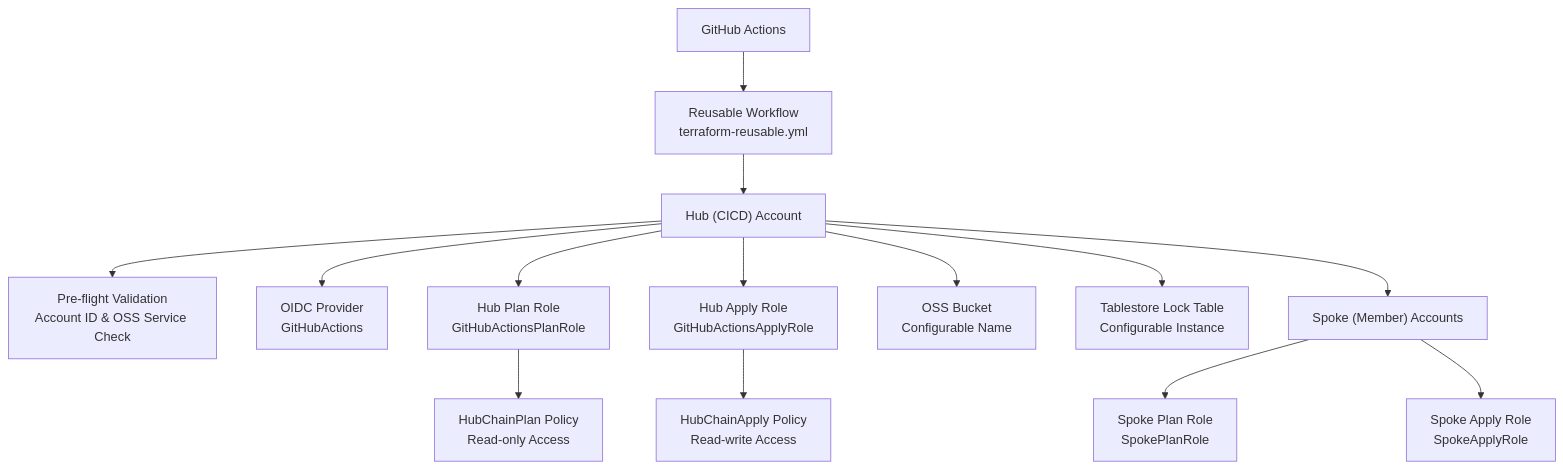
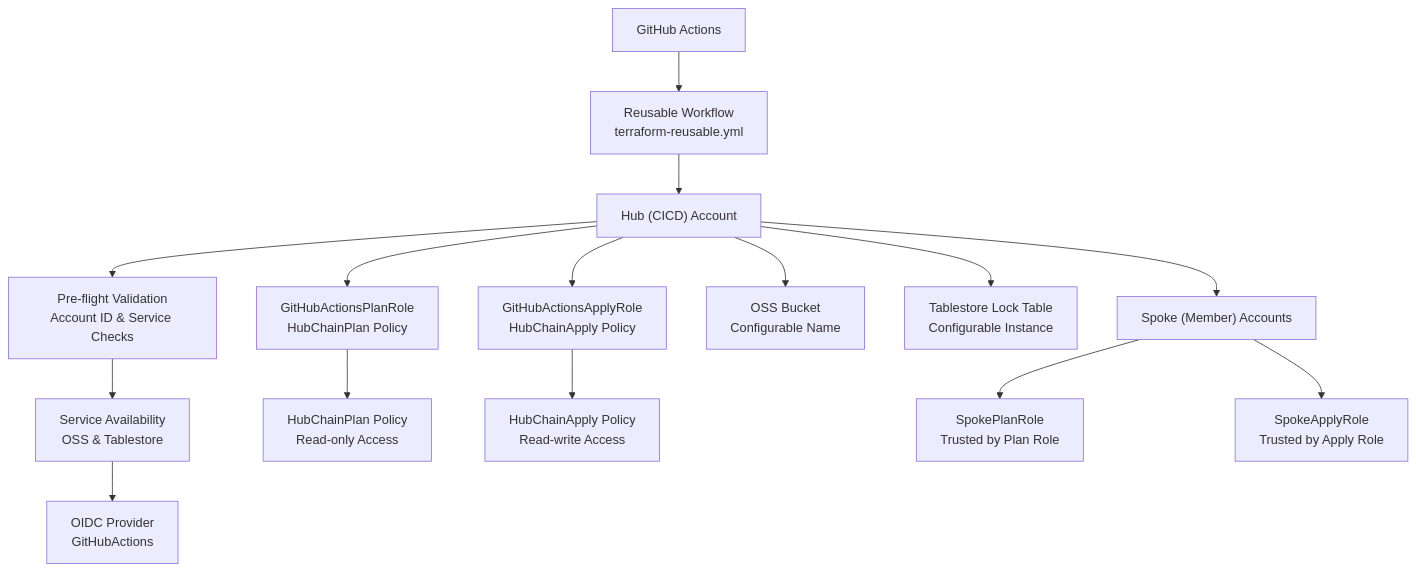
The first of 9 diagrams in .qoder/repowiki/en/content/Bootstrap Infrastructure/CI_CD Foundation.md (AlibabaCloudLandingZone/alibabacloud-landingzone-accelerator-github-demo), drawn with Mermaid before and after one commit. The commit also changed other lines of this file and 35 other files, not shown here.

````diff
--- a/.qoder/repowiki/en/content/Bootstrap Infrastructure/CI_CD Foundation.md
+++ b/.qoder/repowiki/en/content/Bootstrap Infrastructure/CI_CD Foundation.md
@@ -59,16 +61,17 @@
 ```mermaid
 graph TB
 GH["GitHub Actions"] --> WF["Reusable Workflow<br/>terraform-reusable.yml"]
 WF --> HUB["Hub (CICD) Account"]
-HUB --> PRECHECK["Pre-flight Validation<br/>Account ID & OSS Service Check"]
-HUB --> OIDC["OIDC Provider<br/>GitHubActions"]
-HUB --> PLAN["Hub Plan Role<br/>GitHubActionsPlanRole"]
-HUB --> APPLY["Hub Apply Role<br/>GitHubActionsApplyRole"]
+HUB --> PRECHECK["Pre-flight Validation<br/>Account ID & Service Checks"]
+PRECHECK --> VALIDATION["Service Availability<br/>OSS & Tablestore"]
+VALIDATION --> OIDC["OIDC Provider<br/>GitHubActions"]
+HUB --> PLAN["GitHubActionsPlanRole<br/>HubChainPlan Policy"]
+HUB --> APPLY["GitHubActionsApplyRole<br/>HubChainApply Policy"]
 PLAN --> PLANPOLICY["HubChainPlan Policy<br/>Read-only Access"]
 APPLY --> APPOLICY["HubChainApply Policy<br/>Read-write Access"]
 HUB --> STATE["OSS Bucket<br/>Configurable Name"]
 HUB --> LOCK["Tablestore Lock Table<br/>Configurable Instance"]
 HUB --> SPOKE["Spoke (Member) Accounts"]
-SPOKE --> SPLAN["Spoke Plan Role<br/>SpokePlanRole"]
-SPOKE --> SAPPLY["Spoke Apply Role<br/>SpokeApplyRole"]
+SPOKE --> SPLAN["SpokePlanRole<br/>Trusted by Plan Role"]
+SPOKE --> SAPPLY["SpokeApplyRole<br/>Trusted by Apply Role"]
 ```
````
